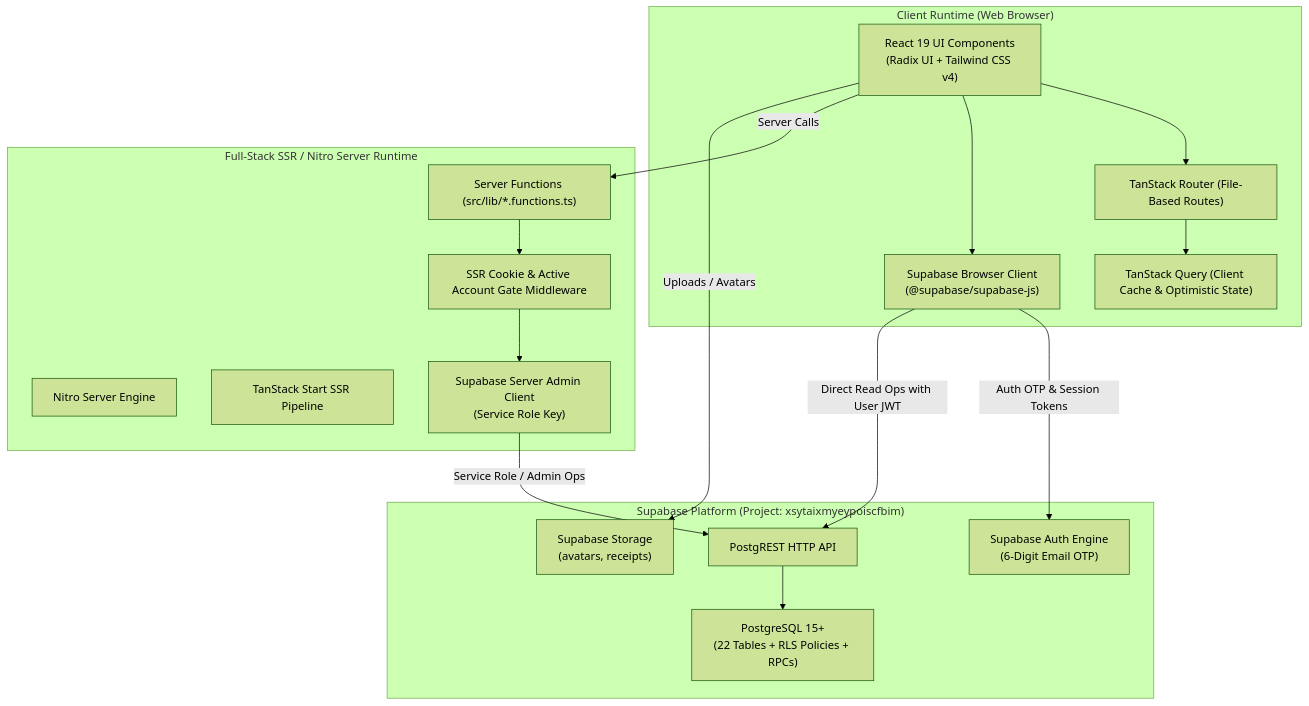
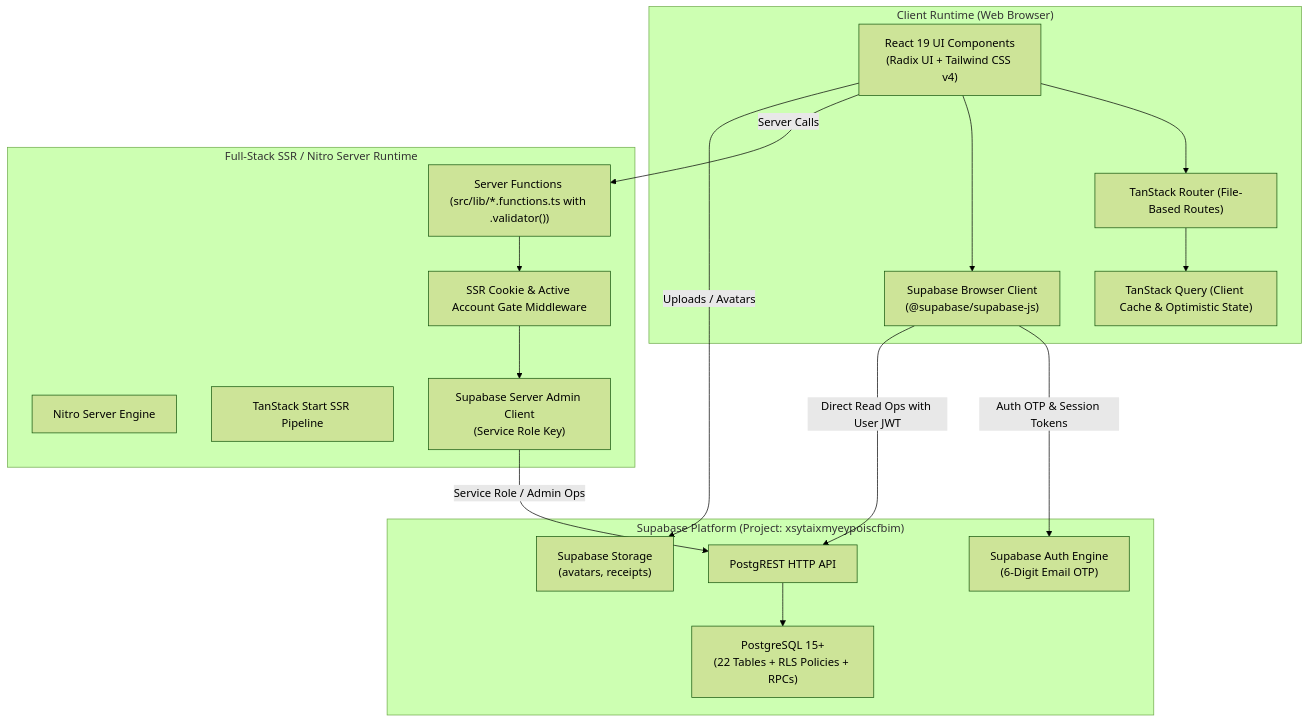
One commit to SkEESUB/Bill-Buddy changed the diagram in ARCHITECTURE.md. Above: the diagram before and after it, drawn with Mermaid (forest theme). The commit also changed other lines of this file and 3 other files, not shown here.

Commit message:
docs: update project documentation with live schema probe findings

````diff
--- a/ARCHITECTURE.md
+++ b/ARCHITECTURE.md
@@ -16,37 +16,37 @@
 ```mermaid
 flowchart TB
     subgraph Browser ["Client Runtime (Web Browser)"]
         UI["React 19 UI Components<br/>(Radix UI + Tailwind CSS v4)"]
         Router["TanStack Router (File-Based Routes)"]
         TSQ["TanStack Query (Client Cache & Optimistic State)"]
         BrowserSB["Supabase Browser Client<br/>(@supabase/supabase-js)"]
     end
 
     subgraph SSRLayer ["Full-Stack SSR / Nitro Server Runtime"]
         Nitro["Nitro Server Engine"]
         StartSSR["TanStack Start SSR Pipeline"]
-        ServerFns["Server Functions (src/lib/*.functions.ts)"]
+        ServerFns["Server Functions (src/lib/*.functions.ts with .validator())"]
         AuthMid["SSR Cookie & Active Account Gate Middleware"]
         AdminSB["Supabase Server Admin Client<br/>(Service Role Key)"]
     end
 
     subgraph SupabasePlatform ["Supabase Platform (Project: xsytaixmyeypoiscfbim)"]
         AuthService["Supabase Auth Engine<br/>(6-Digit Email OTP)"]
         PostgREST["PostgREST HTTP API"]
         PostgreSQL["PostgreSQL 15+<br/>(22 Tables + RLS Policies + RPCs)"]
         StorageEngine["Supabase Storage<br/>(avatars, receipts)"]
     end
 
     UI --> Router
     Router --> TSQ
     UI --> BrowserSB
     BrowserSB -->|Auth OTP & Session Tokens| AuthService
 
     UI -->|Server Calls| ServerFns
     ServerFns --> AuthMid
     AuthMid --> AdminSB
     AdminSB -->|Service Role / Admin Ops| PostgREST
     BrowserSB -->|Direct Read Ops with User JWT| PostgREST
     PostgREST --> PostgreSQL
     UI -->|Uploads / Avatars| StorageEngine
 ```
````
